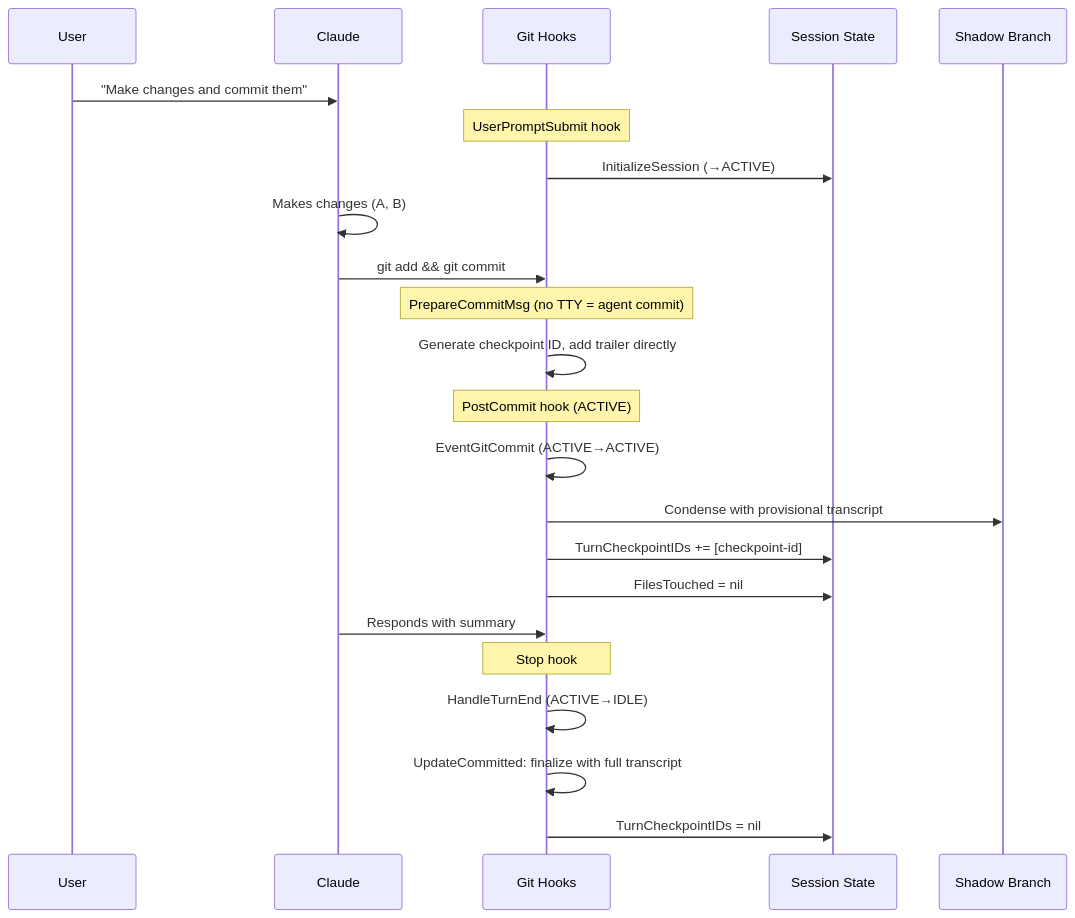
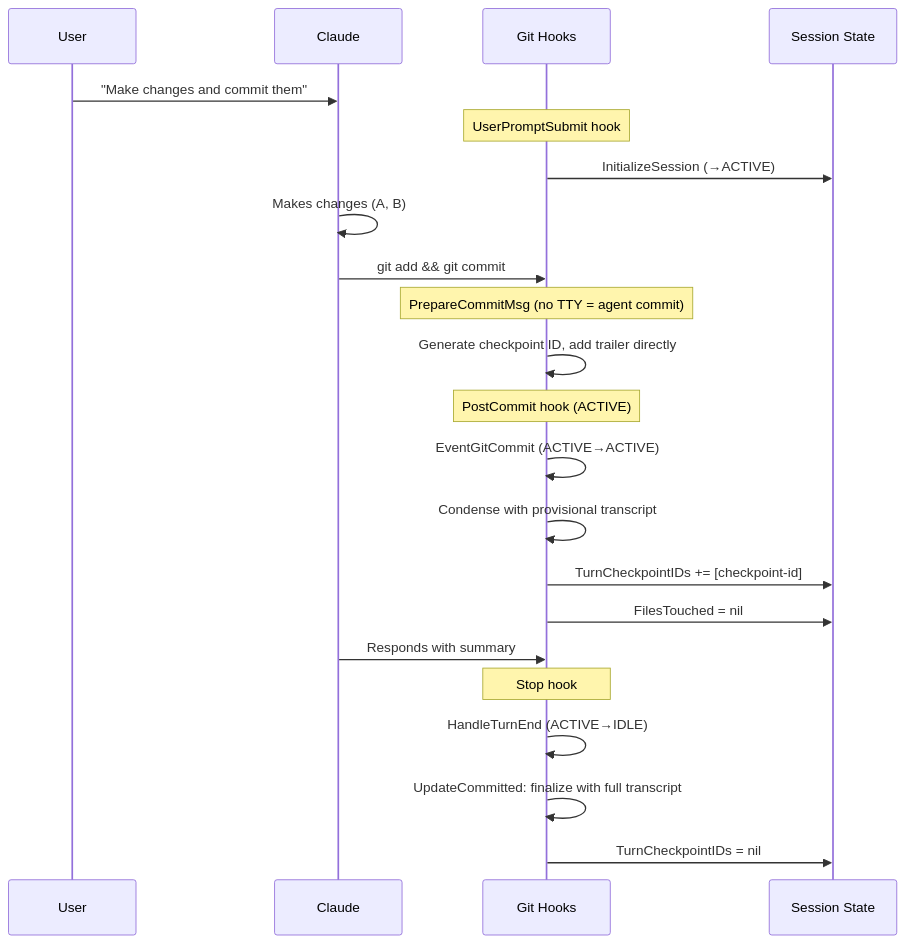
The third of 10 diagrams in docs/architecture/checkpoint-scenarios.md (entireio/cli), drawn with Mermaid before and after one commit. The commit also changed other lines of this file and 17 other files, not shown here.

````diff
--- a/docs/architecture/checkpoint-scenarios.md
+++ b/docs/architecture/checkpoint-scenarios.md
@@ -80,30 +76,29 @@
 ```mermaid
 sequenceDiagram
     participant U as User
     participant C as Claude
     participant G as Git Hooks
     participant S as Session State
-    participant SB as Shadow Branch
 
     U->>C: "Make changes and commit them"
     Note over G: UserPromptSubmit hook
     G->>S: InitializeSession (→ACTIVE)
 
     C->>C: Makes changes (A, B)
     C->>G: git add && git commit
 
     Note over G: PrepareCommitMsg (no TTY = agent commit)
     G->>G: Generate checkpoint ID, add trailer directly
 
     Note over G: PostCommit hook (ACTIVE)
     G->>G: EventGitCommit (ACTIVE→ACTIVE)
-    G->>SB: Condense with provisional transcript
+    G->>G: Condense with provisional transcript
     G->>S: TurnCheckpointIDs += [checkpoint-id]
     G->>S: FilesTouched = nil
 
     C->>G: Responds with summary
     Note over G: Stop hook
     G->>G: HandleTurnEnd (ACTIVE→IDLE)
     G->>G: UpdateCommitted: finalize with full transcript
     G->>S: TurnCheckpointIDs = nil
 ```
````
